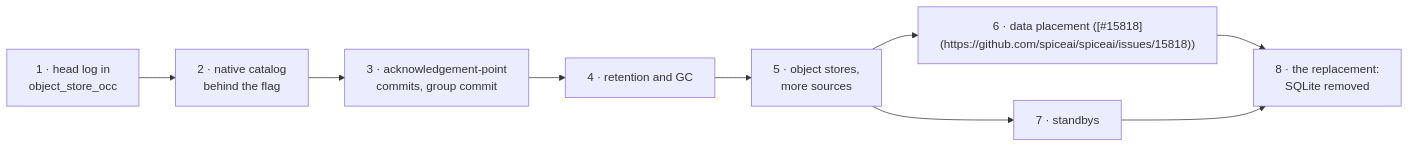
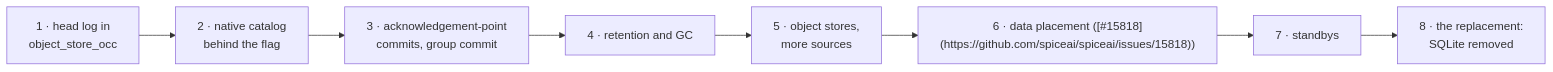
Before and after one commit to spiceai/spiceai: the fifth of 5 diagrams in docs/design/object-native-metastore-technical.md, drawn with Mermaid. The commit also changed other lines of this file and 2 other files, not shown here.

First line of the commit message:
docs(design): name objects by owner, order standbys after data placement

````diff
--- a/docs/design/object-native-metastore-technical.md
+++ b/docs/design/object-native-metastore-technical.md
@@ -1189,11 +1199,10 @@
 ```mermaid
 flowchart LR
     S1["1 · head log in<br/>object_store_occ"] --> S2["2 · native catalog<br/>behind the flag"]
     S2 --> S3["3 · acknowledgement-point<br/>commits, group commit"]
     S3 --> S4["4 · retention and GC"]
     S4 --> S5["5 · object stores,<br/>more sources"]
     S5 --> S6["6 · data placement ([#15818](https://github.com/spiceai/spiceai/issues/15818))"]
-    S5 --> S7["7 · standbys"]
-    S6 --> S8["8 · the replacement:<br/>SQLite removed"]
-    S7 --> S8
+    S6 --> S7["7 · standbys"]
+    S7 --> S8["8 · the replacement:<br/>SQLite removed"]
 ```
````
